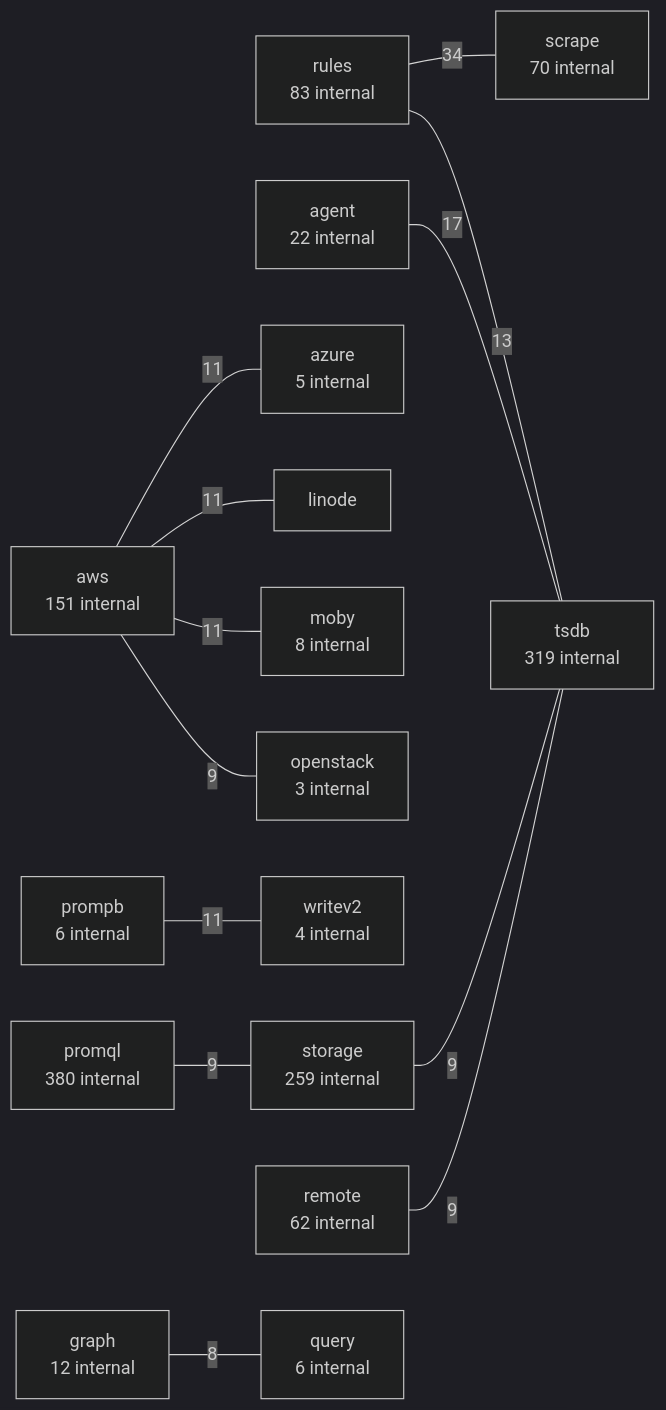
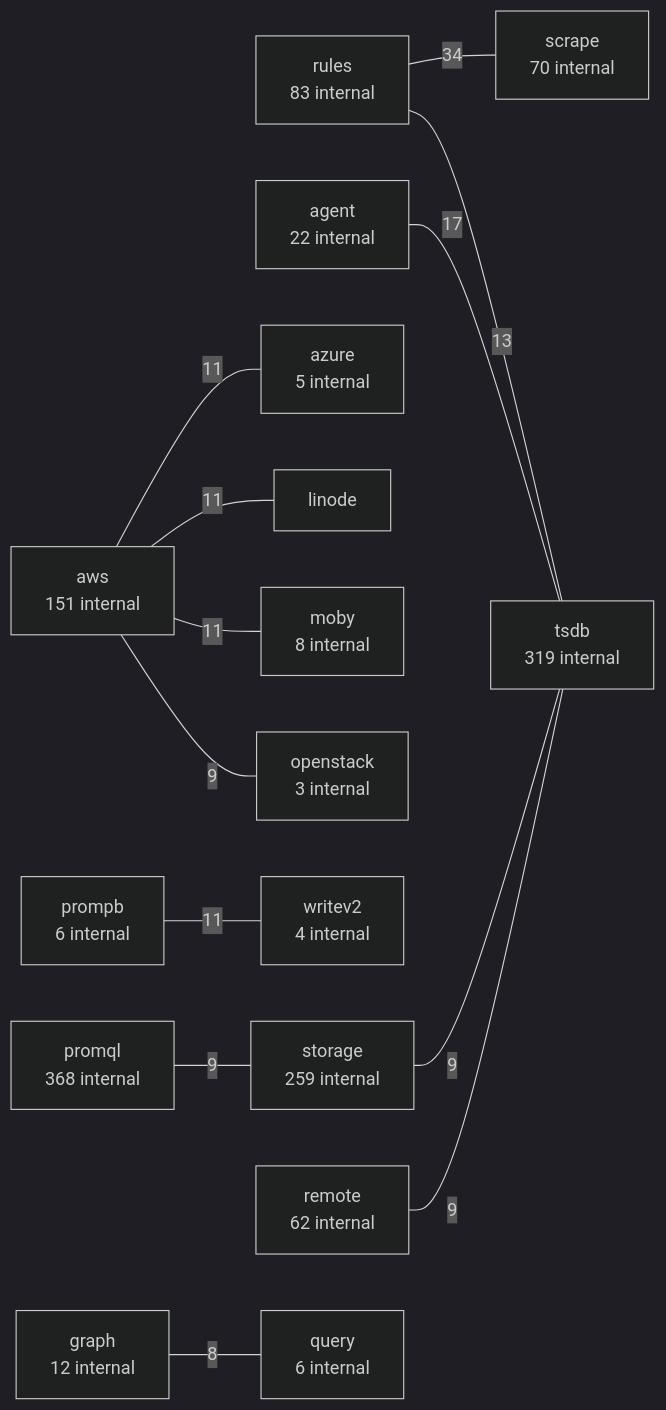
The third of 4 diagrams in examples/prometheus.md (LukasSelin/doppel), drawn with Mermaid (dark theme) before and after one commit. The commit also changed other lines of this file and 1 other file, not shown here.

````diff
--- a/examples/prometheus.md
+++ b/examples/prometheus.md
@@ -576,31 +574,31 @@
 ```mermaid
 flowchart LR
     p0["rules<br/>83 internal"]
     p1["scrape<br/>70 internal"]
     p0 ---|"34"| p1
     p2["agent<br/>22 internal"]
     p3["tsdb<br/>319 internal"]
     p2 ---|"17"| p3
     p0 ---|"13"| p3
     p4["aws<br/>151 internal"]
     p5["azure<br/>5 internal"]
     p4 ---|"11"| p5
     p6["linode"]
     p4 ---|"11"| p6
     p7["moby<br/>8 internal"]
     p4 ---|"11"| p7
     p8["prompb<br/>6 internal"]
     p9["writev2<br/>4 internal"]
     p8 ---|"11"| p9
     p10["openstack<br/>3 internal"]
     p4 ---|"9"| p10
-    p11["promql<br/>380 internal"]
+    p11["promql<br/>368 internal"]
     p12["storage<br/>259 internal"]
     p11 ---|"9"| p12
     p13["remote<br/>62 internal"]
     p13 ---|"9"| p3
     p12 ---|"9"| p3
     p14["graph<br/>12 internal"]
     p15["query<br/>6 internal"]
     p14 ---|"8"| p15
 ```
````
